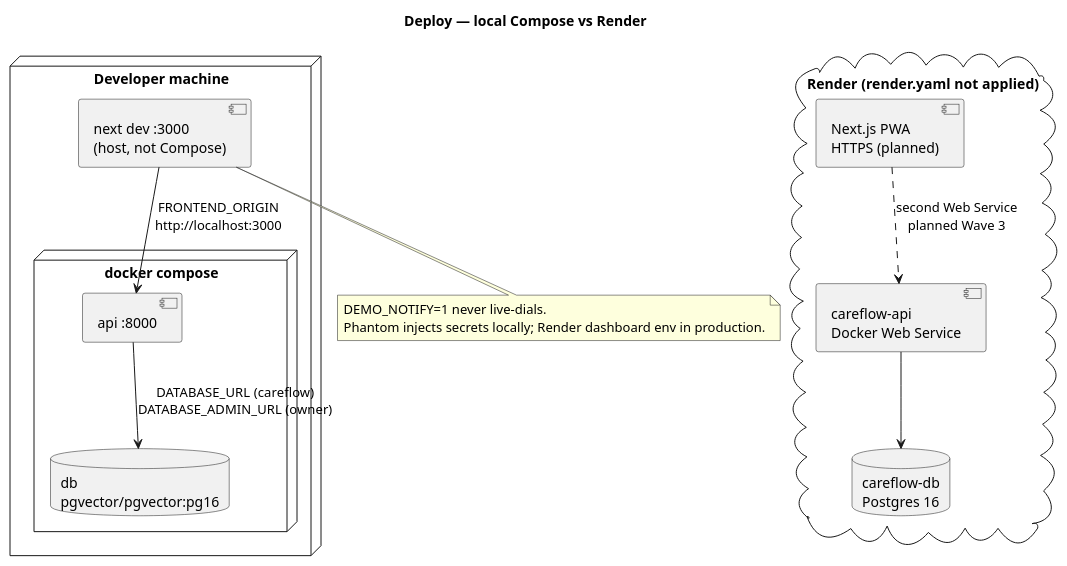
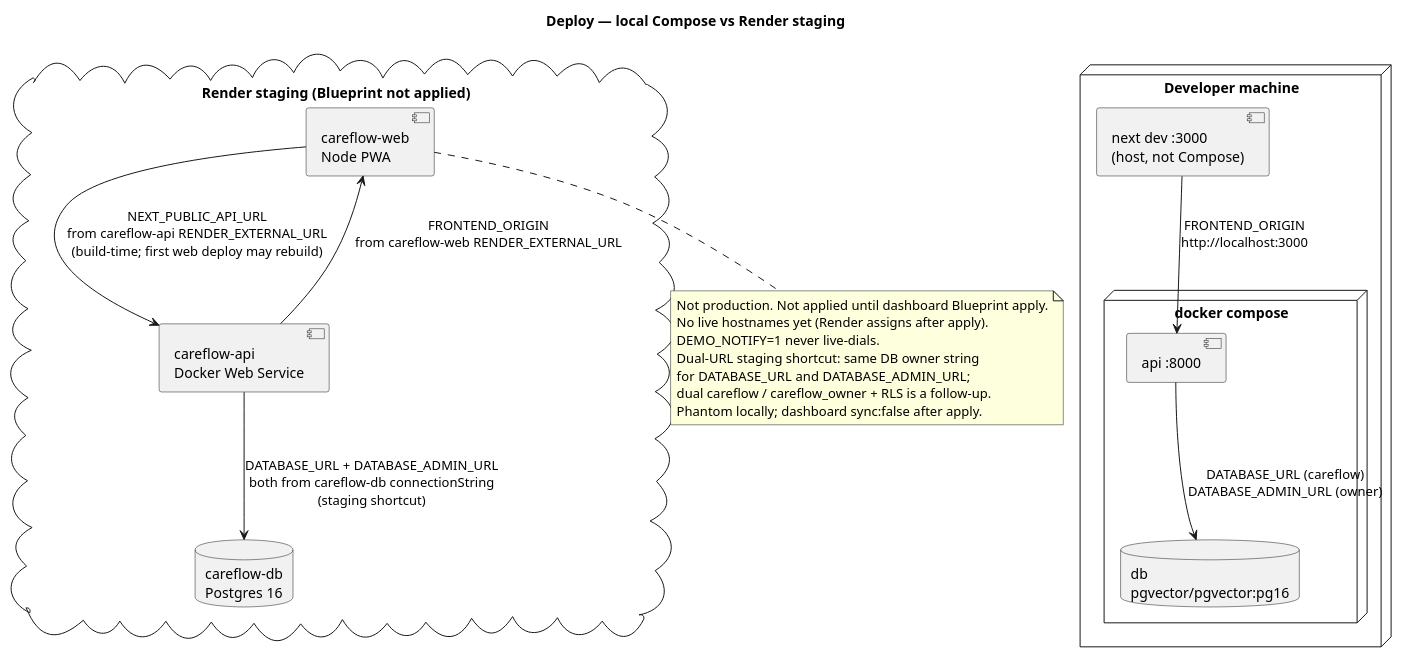
The fifth of 5 diagrams in ARCHITECTURE.puml (CamlineKe/CareFlow), drawn with PlantUML before and after one commit. The commit also changed 16 other files, not shown here.

First line of the commit message:
feat: make Render staging apply-ready and add investor pitch deck

```diff
--- a/ARCHITECTURE.puml
+++ b/ARCHITECTURE.puml
@@ -167,28 +167,34 @@
 @startuml deploy
-title Deploy — local Compose vs Render
+title Deploy — local Compose vs Render staging
 
 node "Developer machine" {
   component "next dev :3000\n(host, not Compose)" as NextHost
   node "docker compose" {
     component "api :8000" as ApiLocal
     database "db\npgvector/pgvector:pg16" as DbLocal
   }
 }
 
 NextHost --> ApiLocal : FRONTEND_ORIGIN\nhttp://localhost:3000
 ApiLocal --> DbLocal : DATABASE_URL (careflow)\nDATABASE_ADMIN_URL (owner)
 
-cloud "Render (render.yaml not applied)" {
+cloud "Render staging (Blueprint not applied)" {
+  component "careflow-web\nNode PWA" as WebR
   component "careflow-api\nDocker Web Service" as ApiR
   database "careflow-db\nPostgres 16" as DbR
-  component "Next.js PWA\nHTTPS (planned)" as NextR
 }
 
-NextR ..> ApiR : second Web Service\nplanned Wave 3
-ApiR --> DbR
+WebR --> ApiR : NEXT_PUBLIC_API_URL\nfrom careflow-api RENDER_EXTERNAL_URL\n(build-time; first web deploy may rebuild)
+ApiR --> WebR : FRONTEND_ORIGIN\nfrom careflow-web RENDER_EXTERNAL_URL
+ApiR --> DbR : DATABASE_URL + DATABASE_ADMIN_URL\nboth from careflow-db connectionString\n(staging shortcut)
 
-note bottom of NextHost
+note bottom of WebR
+  Not production. Not applied until dashboard Blueprint apply.
+  No live hostnames yet (Render assigns after apply).
   DEMO_NOTIFY=1 never live-dials.
-  Phantom injects secrets locally; Render dashboard env in production.
+  Dual-URL staging shortcut: same DB owner string
+  for DATABASE_URL and DATABASE_ADMIN_URL;
+  dual careflow / careflow_owner + RLS is a follow-up.
+  Phantom locally; dashboard sync:false after apply.
 end note
 @enduml
```
